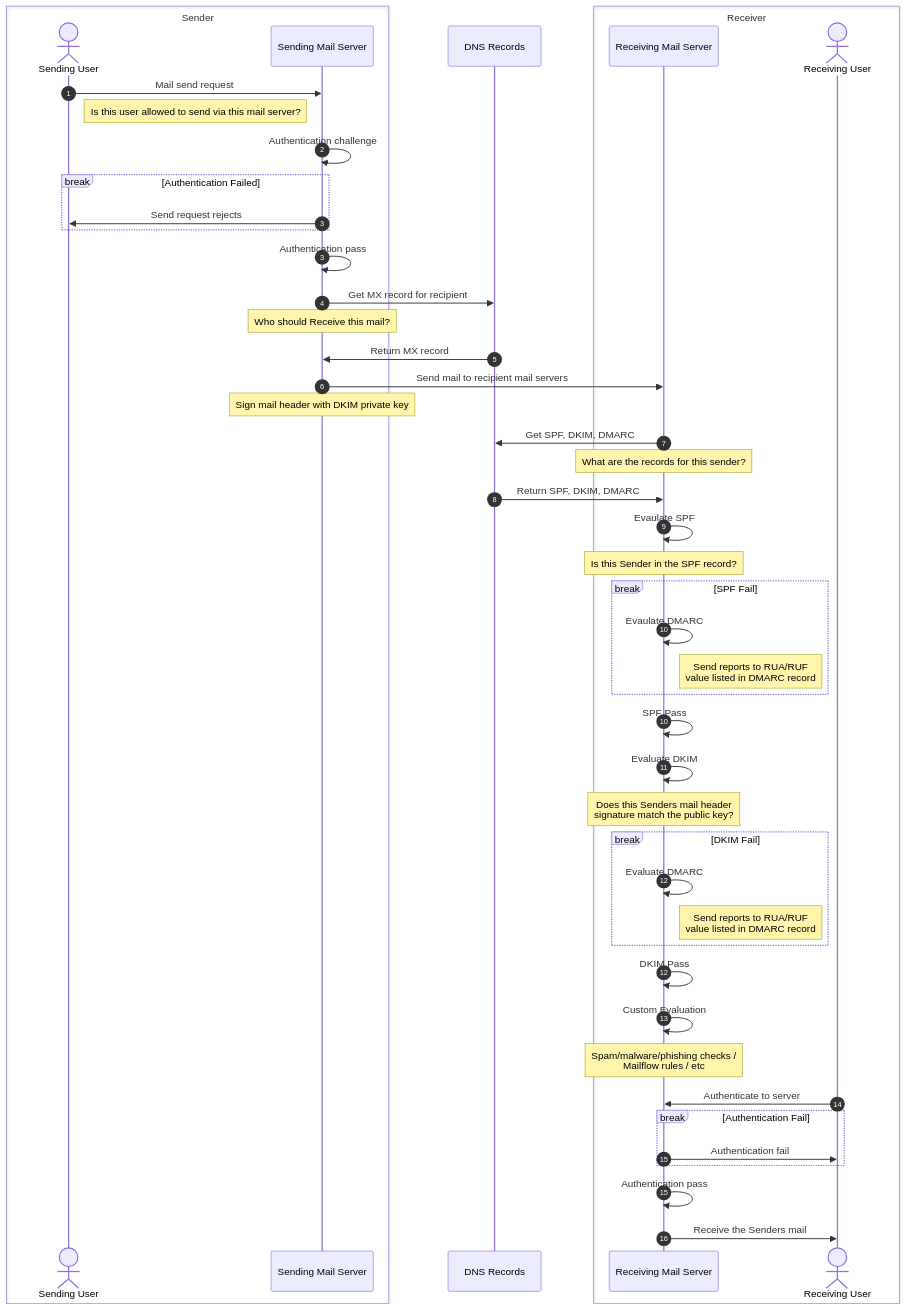
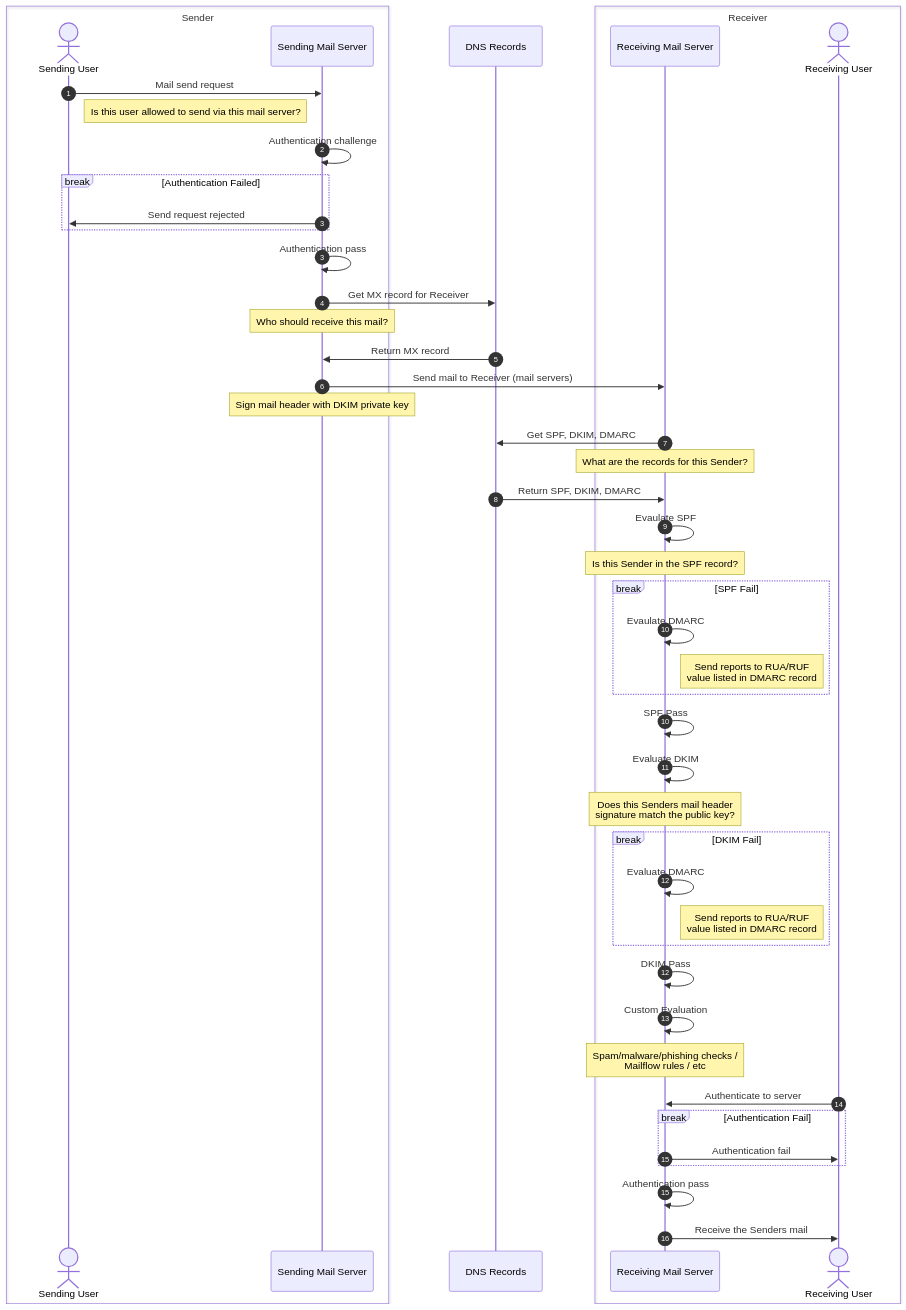
The diagram in knowledge_base/Email/index.md (CaelanDrayer/caelandrayer.ca), drawn with Mermaid before and after one commit. The commit also changed other lines of this file and 1 other file, not shown here.

````diff
--- a/knowledge_base/Email/index.md
+++ b/knowledge_base/Email/index.md
@@ -54,55 +54,55 @@
 ```mermaid
 sequenceDiagram
   autonumber
   Box Sender
   actor User as Sending User
   participant SMS as Sending Mail Server
   end
   participant DNS as DNS Records
   box Receiver
   participant RMS as Receiving Mail Server
   actor RUser as Receiving User
   end
 
   User ->> SMS: Mail send request
   Note left of SMS: Is this user allowed to send via this mail server?
   SMS ->> SMS: Authentication challenge
   break Authentication Failed
-    SMS ->> User: Send request rejects
+    SMS ->> User: Send request rejected
   end
   autonumber 3
   SMS ->> SMS: Authentication pass
-  SMS ->> DNS: Get MX record for recipient
-  Note over SMS: Who should Receive this mail?
+  SMS ->> DNS: Get MX record for Receiver
+  Note over SMS: Who should receive this mail?
   DNS ->> SMS: Return MX record
-  SMS ->> RMS: Send mail to recipient mail servers
+  SMS ->> RMS: Send mail to Receiver (mail servers)
   Note over SMS: Sign mail header with DKIM private key
   RMS ->> DNS: Get SPF, DKIM, DMARC
-  Note over RMS: What are the records for this sender?
+  Note over RMS: What are the records for this Sender?
   DNS ->> RMS: Return SPF, DKIM, DMARC
   RMS ->> RMS: Evaulate SPF
   Note over RMS: Is this Sender in the SPF record?
   break SPF Fail
     RMS ->> RMS: Evaulate DMARC
     note right of RMS: Send reports to RUA/RUF<br>value listed in DMARC record
   end
   autonumber 10
   RMS ->> RMS: SPF Pass
   RMS ->> RMS: Evaluate DKIM
   Note over RMS: Does this Senders mail header<br>signature match the public key?
   break DKIM Fail
     RMS ->> RMS: Evaluate DMARC
     note right of RMS: Send reports to RUA/RUF<br>value listed in DMARC record
   end
   autonumber 12
   RMS ->> RMS: DKIM Pass
   RMS ->> RMS: Custom Evaluation
   Note over RMS: Spam/malware/phishing checks /<br> Mailflow rules / etc
   RUser ->> RMS: Authenticate to server
   break Authentication Fail
     RMS ->> RUser: Authentication fail
   end
   autonumber 15
   RMS ->> RMS: Authentication pass
   RMS ->> RUser: Receive the Senders mail
 ```
````
